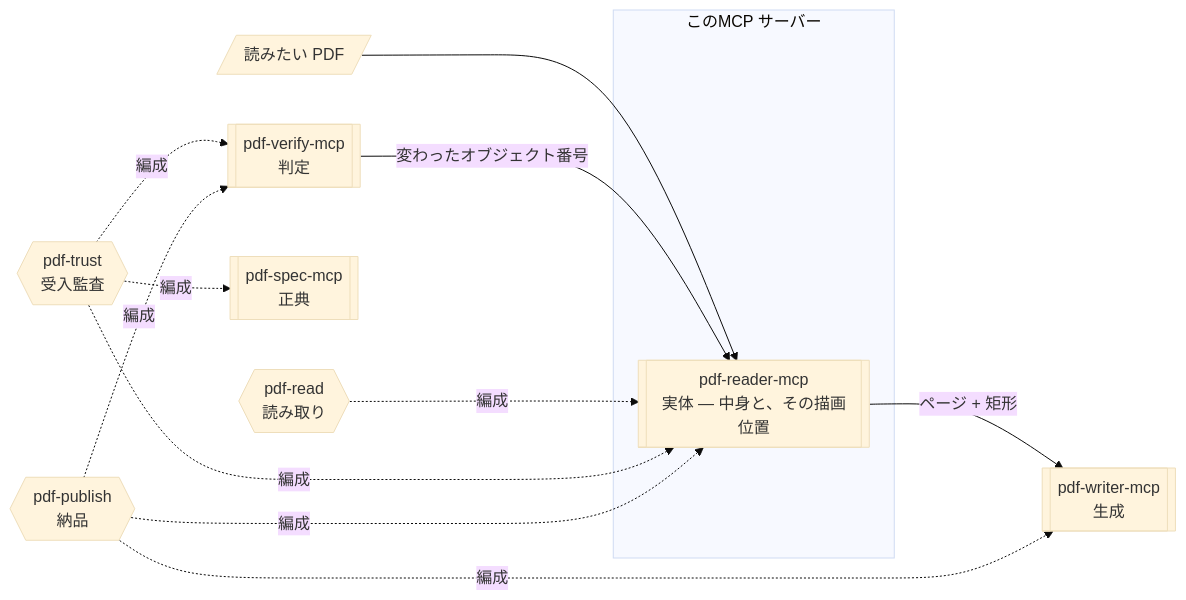
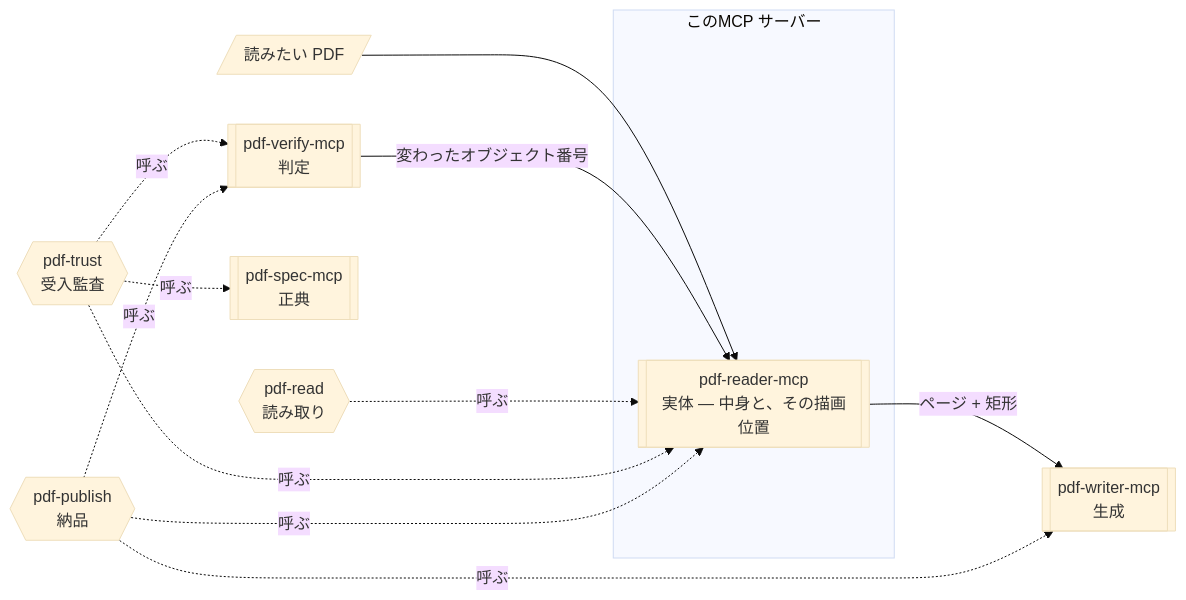
Before and after one commit to shuji-bonji/pdf-agent-stack: the first of 3 diagrams in site/docs/ja/mcp/pdf-reader.md, drawn with Mermaid (base theme). The commit also changed other lines of this file and 19 other files, not shown here.

````diff
--- a/site/docs/ja/mcp/pdf-reader.md
+++ b/site/docs/ja/mcp/pdf-reader.md
@@ -36,16 +36,16 @@
 ```mermaid
 graph LR
   TARGET[/"読みたい PDF"/] --> READER
 
   subgraph SELF["このMCP サーバー"]
     READER[["pdf-reader-mcp<br>実体 — 中身と、その描画位置"]]
   end
 
   VERIFY[["pdf-verify-mcp<br>判定"]] -->|変わったオブジェクト番号| READER
   READER -->|ページ + 矩形| WRITER[["pdf-writer-mcp<br>生成"]]
   SPEC[["pdf-spec-mcp<br>正典"]]
 
-  READ{{"pdf-read<br>読み取り"}} -.->|編成| READER
-  TRUST{{"pdf-trust<br>受入監査"}} -.->|編成| READER & VERIFY & SPEC
-  PUBLISH{{"pdf-publish<br>納品"}} -.->|編成| WRITER & READER & VERIFY
+  READ{{"pdf-read<br>読み取り"}} -.->|呼ぶ| READER
+  TRUST{{"pdf-trust<br>受入監査"}} -.->|呼ぶ| READER & VERIFY & SPEC
+  PUBLISH{{"pdf-publish<br>納品"}} -.->|呼ぶ| WRITER & READER & VERIFY
 ```
````
